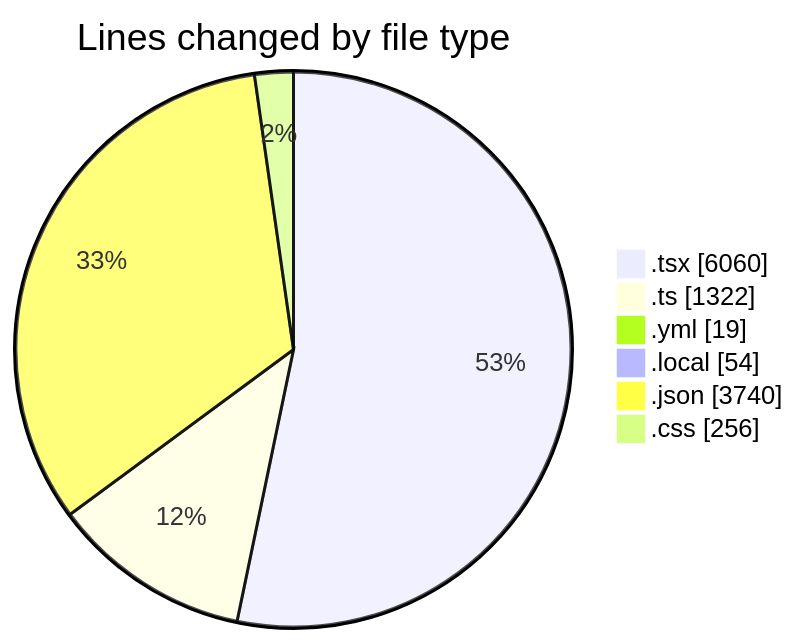
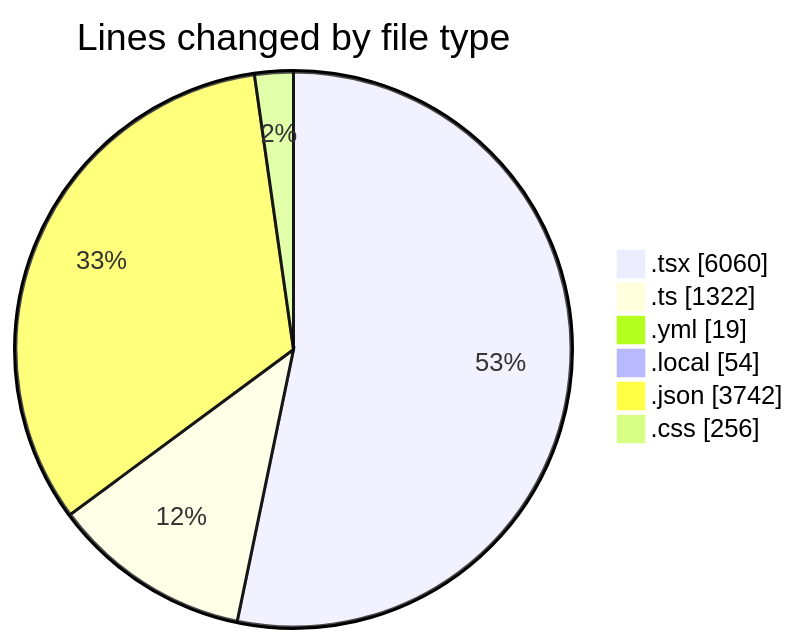
One commit to julien-gomy/code-tracking changed the first of 2 diagrams in 2025-11-18/eventscop-frontend-guide__workspace_/README.md. Above: the diagram before and after it, drawn with Mermaid. The commit also changed other lines of this file and 1 other file, not shown here.

````diff
--- a/2025-11-18/eventscop-frontend-guide__workspace_/README.md
+++ b/2025-11-18/eventscop-frontend-guide__workspace_/README.md
@@ -80,10 +80,10 @@
 ```mermaid
 pie showData
 title Lines changed by file type
 ".tsx" : 6060
 ".ts" : 1322
 ".yml" : 19
 ".local" : 54
-".json" : 3740
+".json" : 3742
 ".css" : 256
 ```
````
